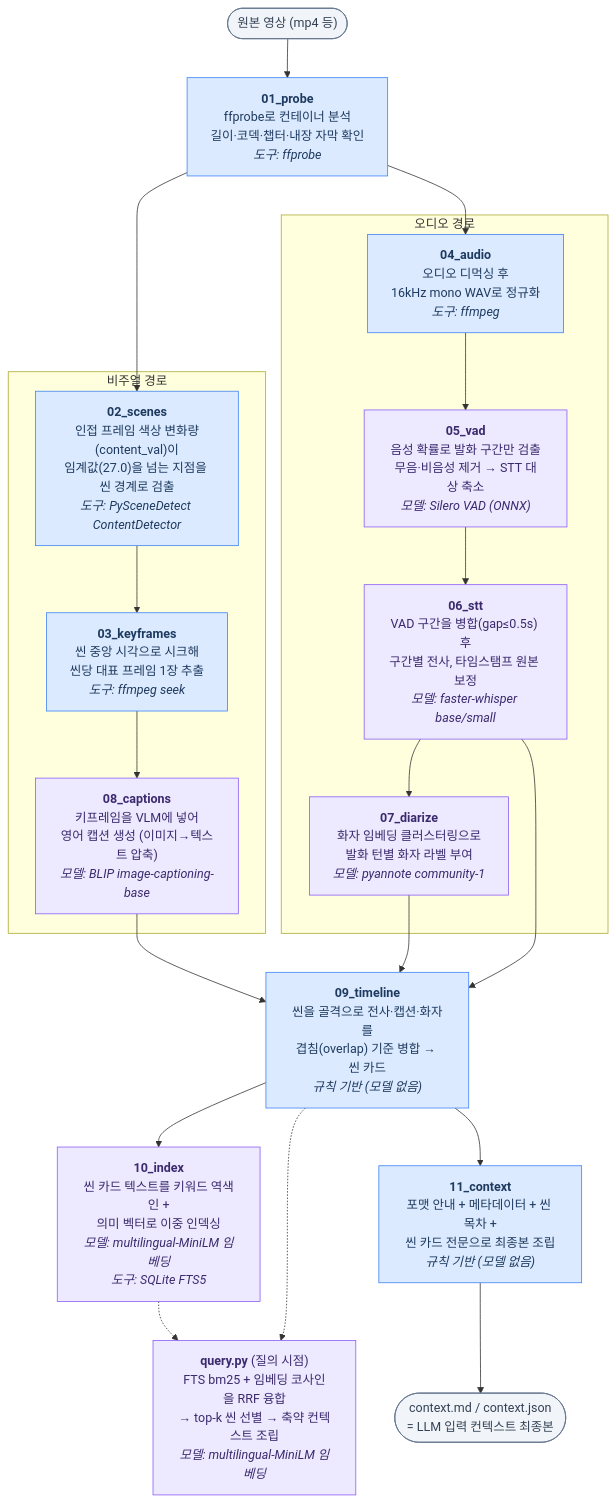
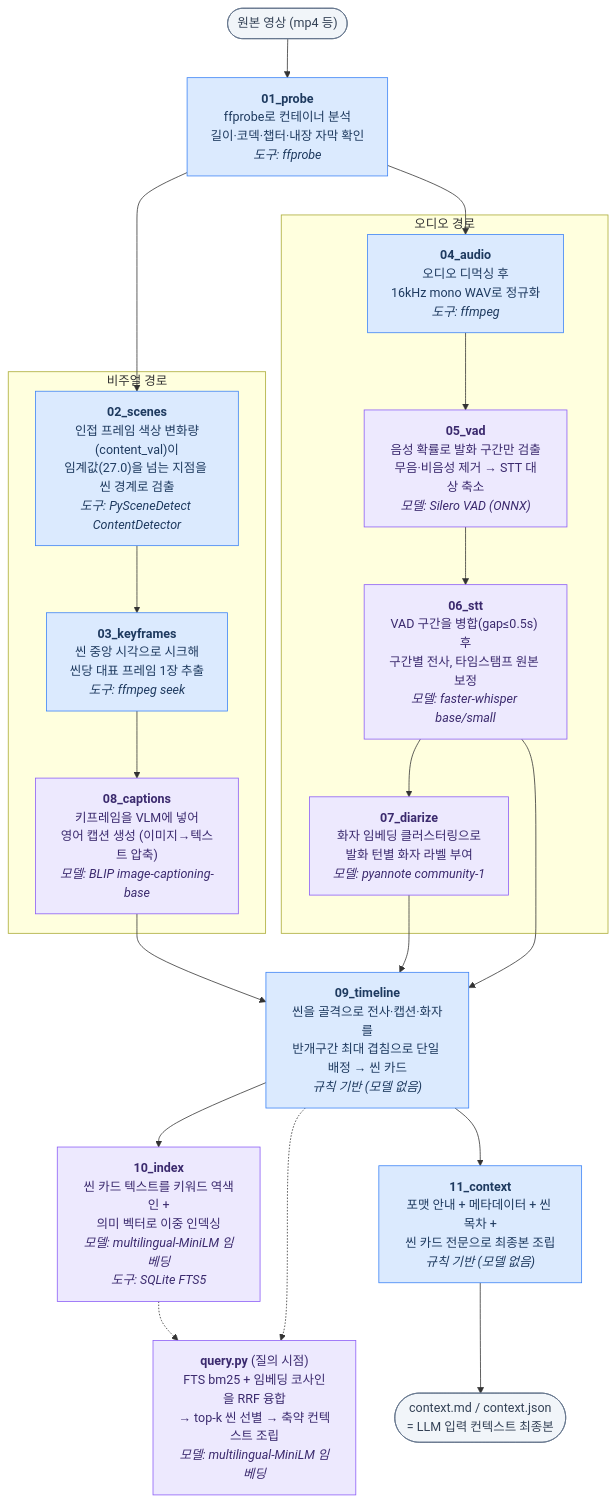
The diagram in docs/05-pipeline.md (haesookimDev/video-preprocess), drawn with Mermaid before and after one commit. The commit also changed other lines of this file and 10 other files, not shown here.

First line of the commit message:
fix: assign timeline transcripts to one scene

````diff
--- a/docs/05-pipeline.md
+++ b/docs/05-pipeline.md
@@ -6,50 +6,50 @@
 ```mermaid
 flowchart TD
     V(["원본 영상 (mp4 등)"]) --> S01
 
     S01["<b>01_probe</b><br/>ffprobe로 컨테이너 분석<br/>길이·코덱·챕터·내장 자막 확인<br/><i>도구: ffprobe</i>"]
 
     S01 --> S02
     S01 --> S04
 
     subgraph VIDEO ["비주얼 경로"]
         S02["<b>02_scenes</b><br/>인접 프레임 색상 변화량(content_val)이<br/>임계값(27.0)을 넘는 지점을 씬 경계로 검출<br/><i>도구: PySceneDetect ContentDetector</i>"]
         S03["<b>03_keyframes</b><br/>씬 중앙 시각으로 시크해<br/>씬당 대표 프레임 1장 추출<br/><i>도구: ffmpeg seek</i>"]
         S08["<b>08_captions</b><br/>키프레임을 VLM에 넣어<br/>영어 캡션 생성 (이미지→텍스트 압축)<br/><i>모델: BLIP image-captioning-base</i>"]
         S02 --> S03 --> S08
     end
 
     subgraph AUDIO ["오디오 경로"]
         S04["<b>04_audio</b><br/>오디오 디먹싱 후<br/>16kHz mono WAV로 정규화<br/><i>도구: ffmpeg</i>"]
         S05["<b>05_vad</b><br/>음성 확률로 발화 구간만 검출<br/>무음·비음성 제거 → STT 대상 축소<br/><i>모델: Silero VAD (ONNX)</i>"]
         S06["<b>06_stt</b><br/>VAD 구간을 병합(gap≤0.5s) 후<br/>구간별 전사, 타임스탬프 원본 보정<br/><i>모델: faster-whisper base/small</i>"]
         S07["<b>07_diarize</b><br/>화자 임베딩 클러스터링으로<br/>발화 턴별 화자 라벨 부여<br/><i>모델: pyannote community-1</i>"]
         S04 --> S05 --> S06 --> S07
     end
 
     S08 --> S09
     S07 --> S09
     S06 --> S09
 
-    S09["<b>09_timeline</b><br/>씬을 골격으로 전사·캡션·화자를<br/>겹침(overlap) 기준 병합 → 씬 카드<br/><i>규칙 기반 (모델 없음)</i>"]
+    S09["<b>09_timeline</b><br/>씬을 골격으로 전사·캡션·화자를<br/>반개구간 최대 겹침으로 단일 배정 → 씬 카드<br/><i>규칙 기반 (모델 없음)</i>"]
 
     S09 --> S10
     S09 --> S11
 
     S10["<b>10_index</b><br/>씬 카드 텍스트를 키워드 역색인 +<br/>의미 벡터로 이중 인덱싱<br/><i>모델: multilingual-MiniLM 임베딩<br/>도구: SQLite FTS5</i>"]
 
     S11["<b>11_context</b><br/>포맷 안내 + 메타데이터 + 씬 목차 +<br/>씬 카드 전문으로 최종본 조립<br/><i>규칙 기반 (모델 없음)</i>"]
 
     S11 --> OUT(["context.md / context.json<br/>= LLM 입력 컨텍스트 최종본"])
 
     S10 -.-> Q
     S09 -.-> Q
     Q["<b>query.py</b> (질의 시점)<br/>FTS bm25 + 임베딩 코사인을 RRF 융합<br/>→ top-k 씬 선별 → 축약 컨텍스트 조립<br/><i>모델: multilingual-MiniLM 임베딩</i>"]
 
     classDef rule fill:#dbeafe,stroke:#3b82f6,color:#1e3a5f
     classDef ml fill:#ede9fe,stroke:#8b5cf6,color:#3b2a6e
     classDef io fill:#f1f5f9,stroke:#64748b,color:#334155
     class S01,S02,S03,S04,S09,S11 rule
     class S05,S06,S07,S08,S10,Q ml
     class V,OUT io
 ```
````
